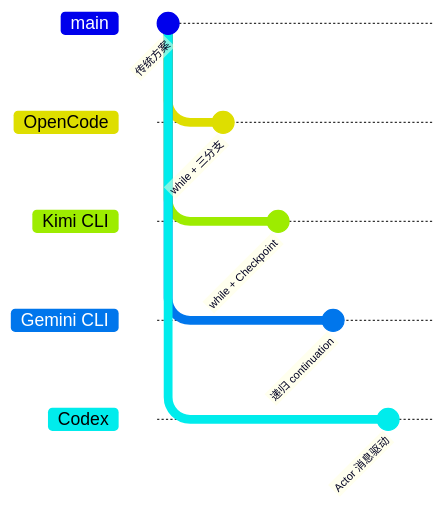
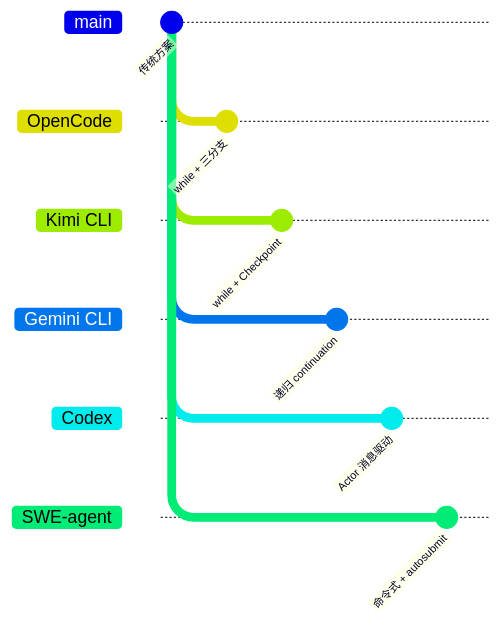
Diagram 11 of 11 in docs/opencode/04-opencode-agent-loop.md (giraffe-tree/agent-base), drawn with Mermaid before and after one commit. The commit also changed other lines of this file and 155 other files, not shown here.

````diff
--- a/docs/opencode/04-opencode-agent-loop.md
+++ b/docs/opencode/04-opencode-agent-loop.md
@@ -895,19 +946,23 @@
 ```mermaid
 gitGraph
     commit id: "传统方案"
     branch "OpenCode"
     checkout "OpenCode"
     commit id: "while + 三分支"
     checkout main
     branch "Kimi CLI"
     checkout "Kimi CLI"
     commit id: "while + Checkpoint"
     checkout main
     branch "Gemini CLI"
     checkout "Gemini CLI"
     commit id: "递归 continuation"
     checkout main
     branch "Codex"
     checkout "Codex"
     commit id: "Actor 消息驱动"
+    checkout main
+    branch "SWE-agent"
+    checkout "SWE-agent"
+    commit id: "命令式 + autosubmit"
 ```
````
